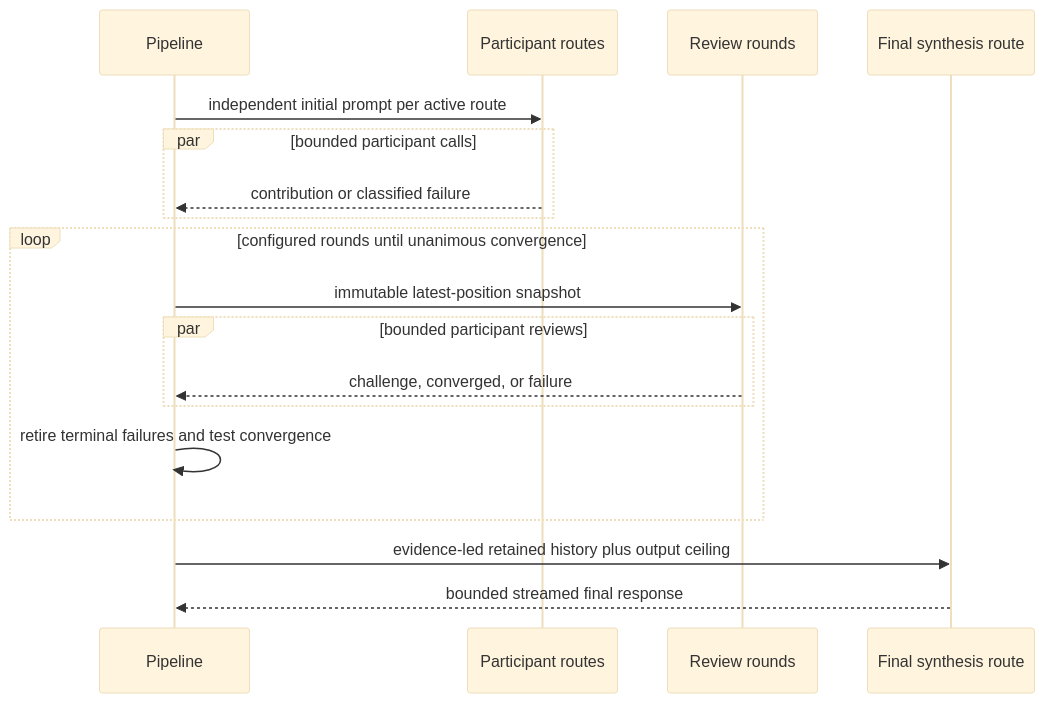
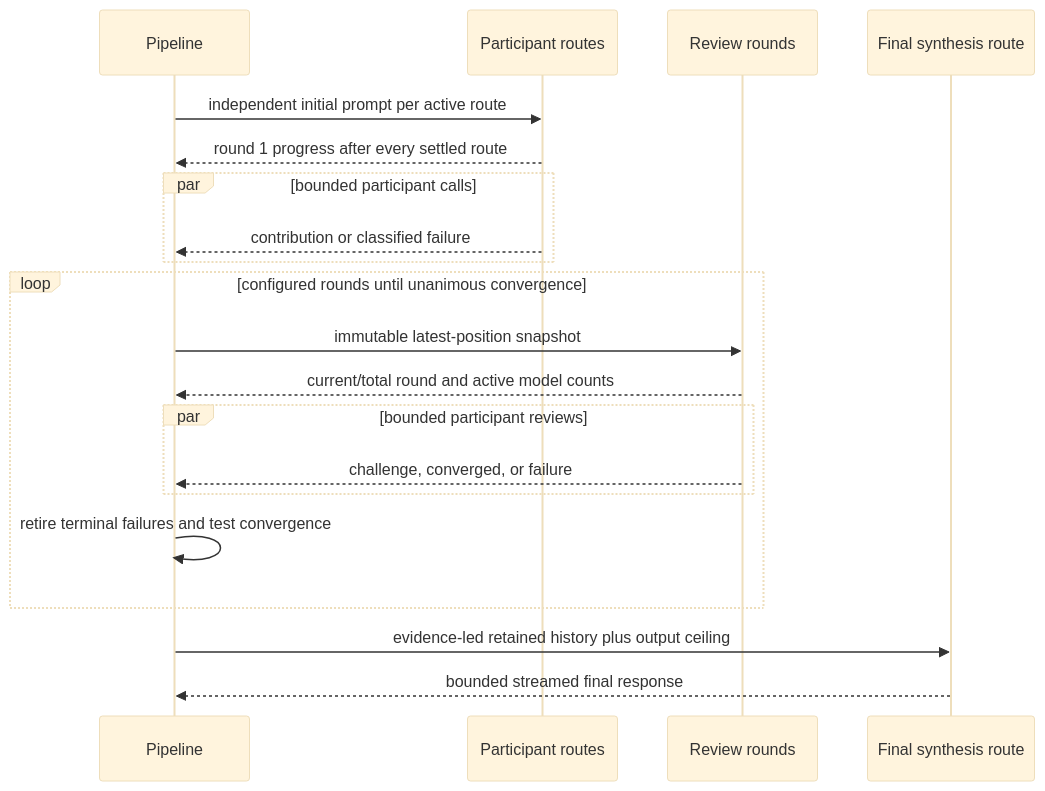
One commit to hurrtz/mrbroccoli changed the third of 3 diagrams in src/services/voicePipeline/DESIGN.md. Above: the diagram before and after it, drawn with Mermaid (base theme). The commit also changed other lines of this file and 14 other files, not shown here.

First line of the commit message:
feat: expose Model Council progress

````diff
--- a/src/services/voicePipeline/DESIGN.md
+++ b/src/services/voicePipeline/DESIGN.md
@@ -91,21 +93,23 @@
 ```mermaid
 sequenceDiagram
     participant P as Pipeline
     participant A as Participant routes
     participant R as Review rounds
     participant S as Final synthesis route
 
     P->>A: independent initial prompt per active route
+    A-->>P: round 1 progress after every settled route
     par bounded participant calls
       A-->>P: contribution or classified failure
     end
     loop configured rounds until unanimous convergence
       P->>R: immutable latest-position snapshot
+      R-->>P: current/total round and active model counts
       par bounded participant reviews
         R-->>P: challenge, converged, or failure
       end
       P->>P: retire terminal failures and test convergence
     end
     P->>S: evidence-led retained history plus output ceiling
     S-->>P: bounded streamed final response
 ```
````
